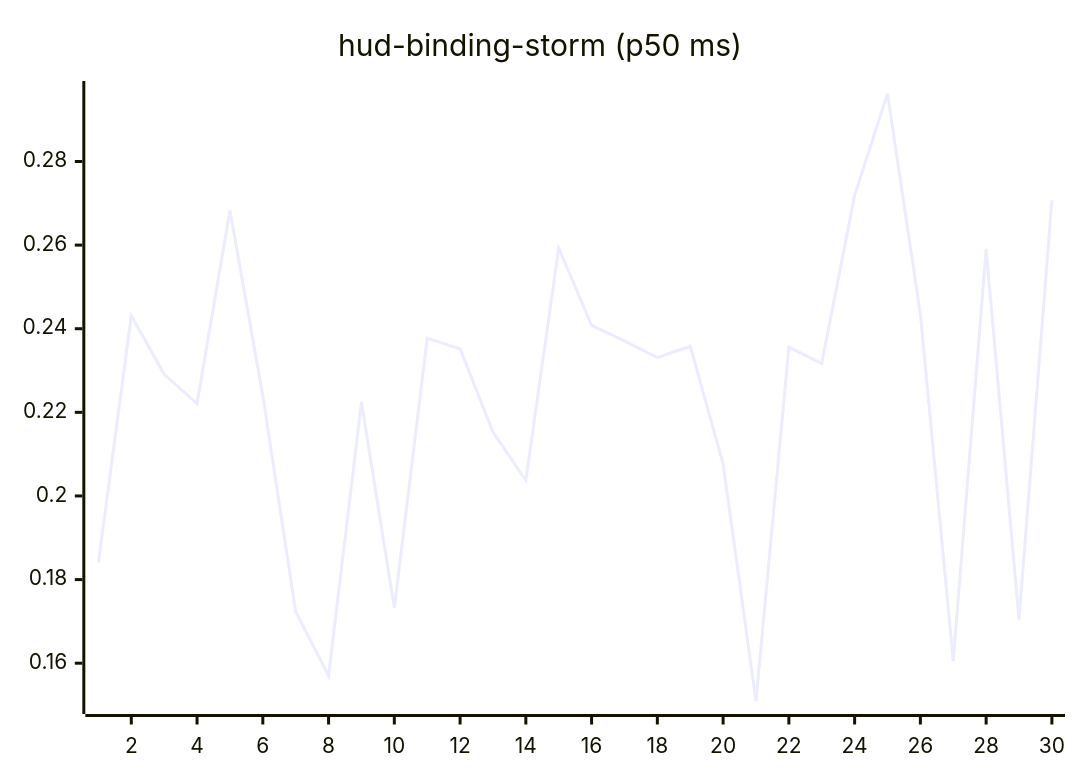
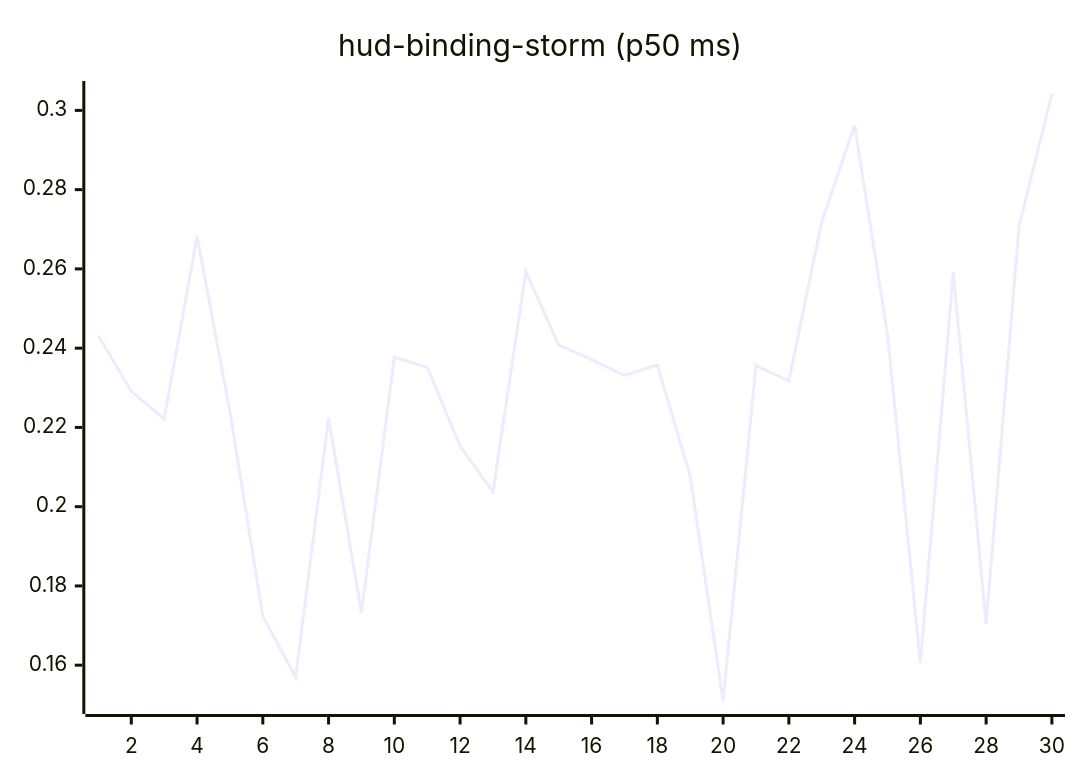
The tenth of 27 diagrams in README.md (josha/Facet), drawn with Mermaid before and after one commit. The commit also changed other lines of this file and 2 other files, not shown here.

````diff
--- a/README.md
+++ b/README.md
@@ -126,6 +126,6 @@
 ```mermaid
 xychart-beta
     title "hud-binding-storm (p50 ms)"
     x-axis 1 --> 30
-    line [0.1841, 0.2431, 0.2291, 0.2221, 0.2683, 0.2240, 0.1723, 0.1570, 0.2224, 0.1732, 0.2377, 0.2352, 0.2153, 0.2037, 0.2593, 0.2408, 0.2371, 0.2331, 0.2358, 0.2077, 0.1509, 0.2356, 0.2317, 0.2719, 0.2962, 0.2435, 0.1605, 0.2591, 0.1704, 0.2707]
+    line [0.2431, 0.2291, 0.2221, 0.2683, 0.2240, 0.1723, 0.1570, 0.2224, 0.1732, 0.2377, 0.2352, 0.2153, 0.2037, 0.2593, 0.2408, 0.2371, 0.2331, 0.2358, 0.2077, 0.1509, 0.2356, 0.2317, 0.2719, 0.2962, 0.2435, 0.1605, 0.2591, 0.1704, 0.2707, 0.3042]
 ```
````
